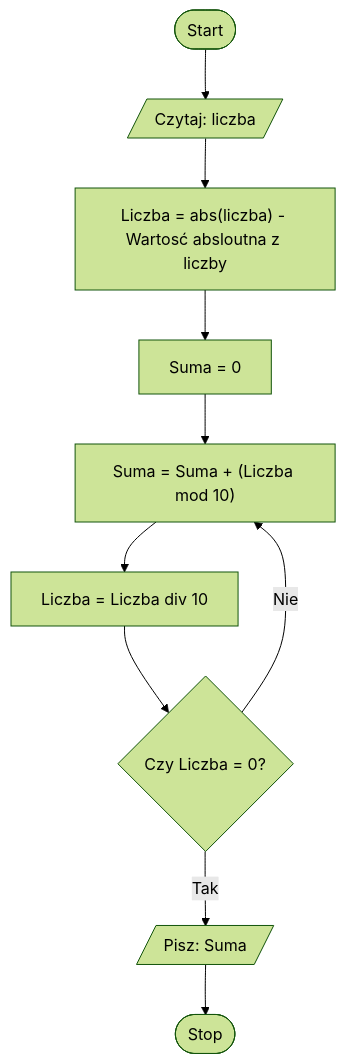
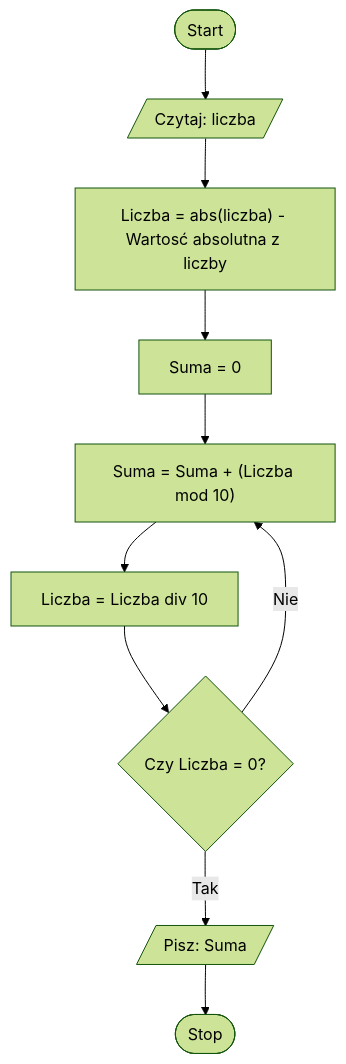
One commit to Mateuszpietrusinski/algorithms-1 changed the diagram in AiSD5_C1/exercise_2/solution.md. Above: the diagram before and after it, drawn with Mermaid (forest theme).

Commit message:
fix: removig typo

````diff
--- a/AiSD5_C1/exercise_2/solution.md
+++ b/AiSD5_C1/exercise_2/solution.md
@@ -23,12 +23,12 @@
 ```mermaid
 flowchart TD
     Start([Start]) --> Input@{ shape: lean-r, label: "Czytaj: liczba" }
-    Input --> InputAbs["Liczba = abs(liczba) - Wartosć absloutna z liczby"]
+    Input --> InputAbs["Liczba = abs(liczba) - Wartosć absolutna z liczby"]
     InputAbs --> Suma0["Suma = 0"]
     Suma0 --> SumaMod["Suma = Suma + (Liczba mod 10)"]
     SumaMod --> SumaLiczba["Liczba = Liczba div 10"]
     SumaLiczba --> Liczba0{"Czy Liczba = 0?"}
     Liczba0 -- Tak --> Output@{ shape: lean-r, label: "Pisz: Suma" }
     Liczba0 -- Nie --> SumaMod
     Output --> Stop([Stop])
 ```
````
